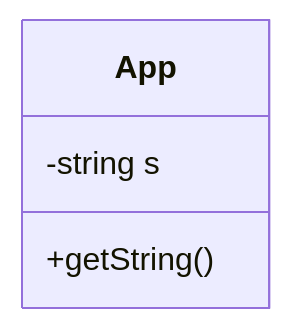
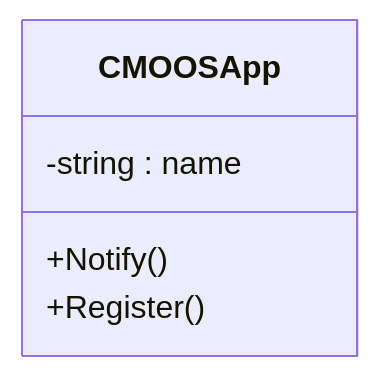
Before and after one commit to msis/2680notes: the third of 3 diagrams in pages/MOOS.md, drawn with Mermaid. The commit also changed other lines of this file, not shown here.

````diff
--- a/pages/MOOS.md
+++ b/pages/MOOS.md
@@ -4,7 +45,8 @@
 ```mermaid
 classDiagram
-	class App{
-		-string s
-		+getString()
+	class CMOOSApp{
+		-string : name
+		+Notify()
+		+Register()
 	}
 ```
````
